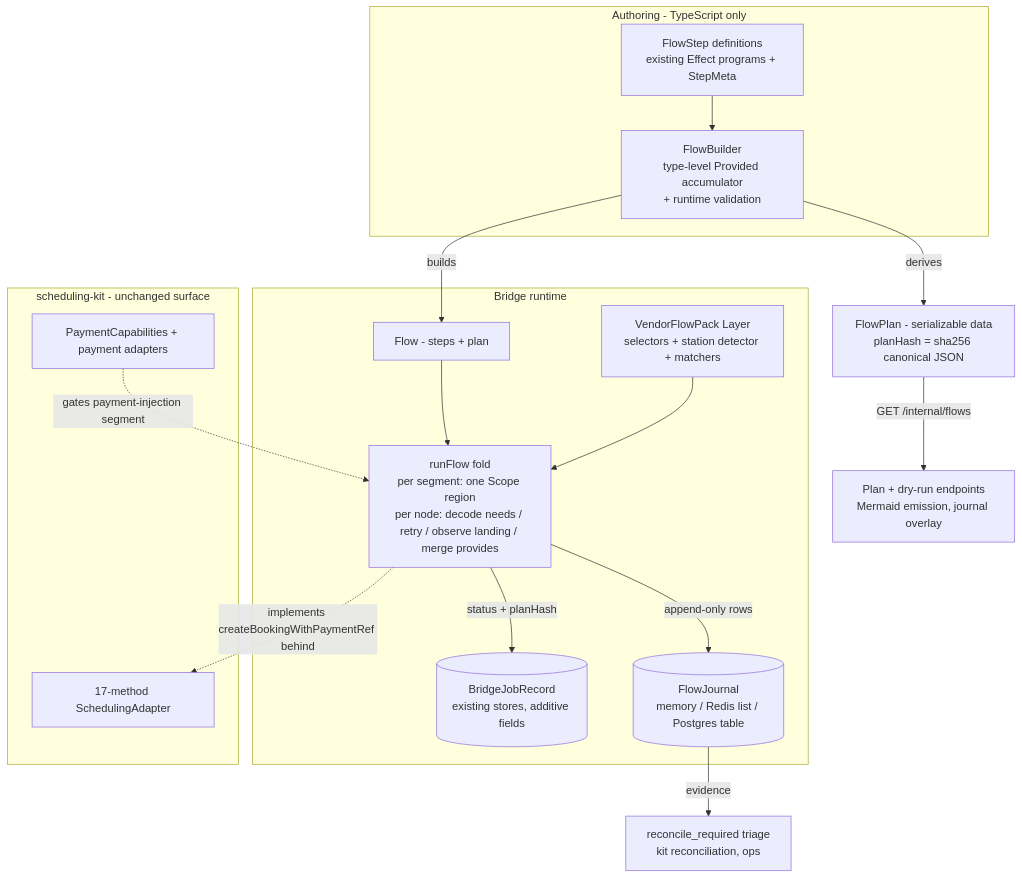
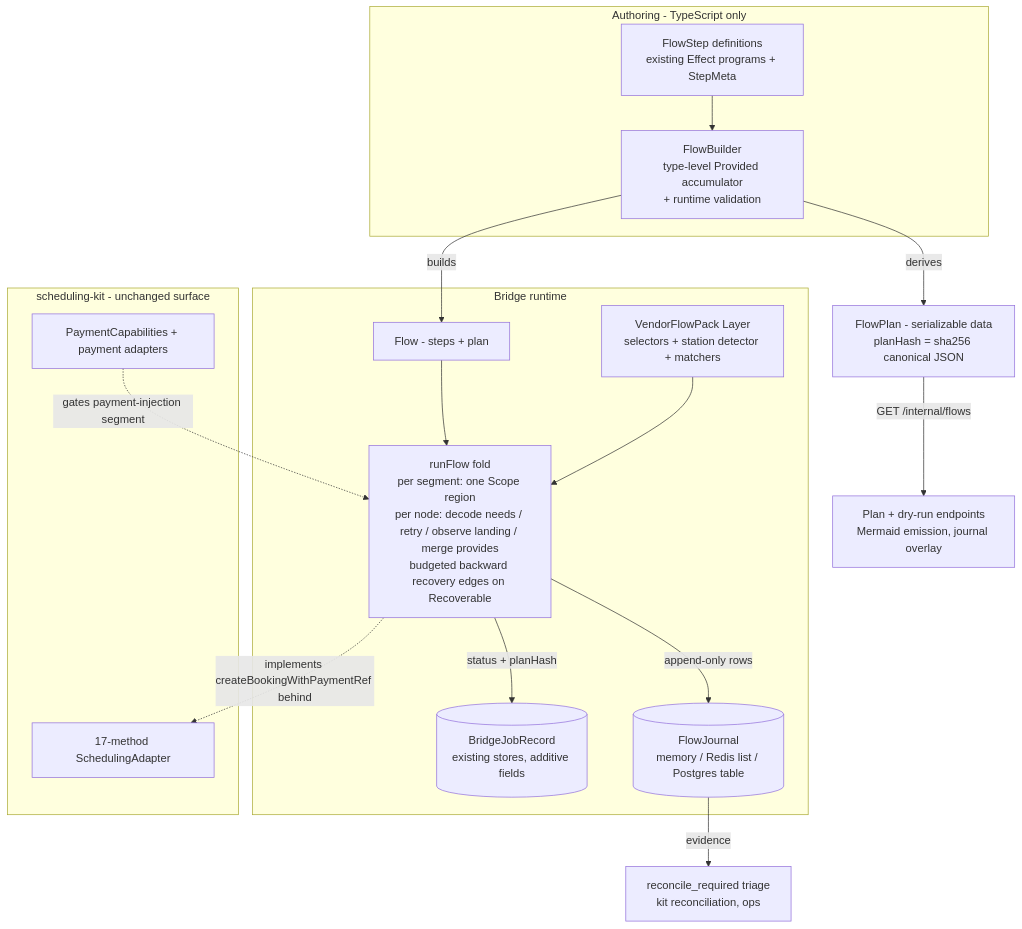
The diagram in docs/design/flow-dag-formalization.md (tinyland-inc/scheduling-bridge), drawn with Mermaid before and after one commit. The commit also changed other lines of this file, not shown here.

Commit message:
docs(design): resolve review-panel defects (pack release ownership, type validity, journal atomicity, state-spec enforcement, recovery edges)

````diff
--- a/docs/design/flow-dag-formalization.md
+++ b/docs/design/flow-dag-formalization.md
@@ -97,29 +97,29 @@
 ```mermaid
 flowchart TB
   subgraph authoring [Authoring - TypeScript only]
     SD[FlowStep definitions<br/>existing Effect programs + StepMeta]
     FB[FlowBuilder<br/>type-level Provided accumulator<br/>+ runtime validation]
     SD --> FB
   end
 
   FB -->|derives| FP[FlowPlan - serializable data<br/>planHash = sha256 canonical JSON]
   FB -->|builds| FL[Flow - steps + plan]
 
   subgraph runtime [Bridge runtime]
-    RF[runFlow fold<br/>per segment: one Scope region<br/>per node: decode needs / retry / observe landing / merge provides]
+    RF[runFlow fold<br/>per segment: one Scope region<br/>per node: decode needs / retry / observe landing / merge provides<br/>budgeted backward recovery edges on Recoverable]
     FL --> RF
     VP[VendorFlowPack Layer<br/>selectors + station detector + matchers] --> RF
     RF -->|append-only rows| FJ[(FlowJournal<br/>memory / Redis list / Postgres table)]
     RF -->|status + planHash| JR[(BridgeJobRecord<br/>existing stores, additive fields)]
   end
 
   FP -->|GET /internal/flows| OPS[Plan + dry-run endpoints<br/>Mermaid emission, journal overlay]
   FJ -->|evidence| REC[reconcile_required triage<br/>kit reconciliation, ops]
 
   subgraph kit [scheduling-kit - unchanged surface]
     SA[17-method SchedulingAdapter]
     PC[PaymentCapabilities + payment adapters]
   end
   RF -.implements createBookingWithPaymentRef behind.-> SA
   PC -.gates payment-injection segment.-> RF
 ```
````
